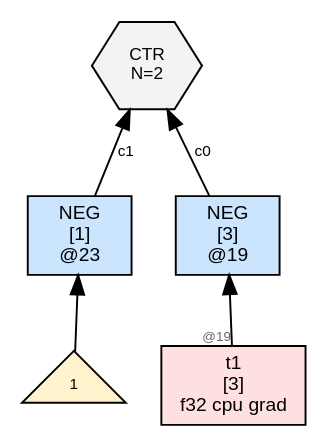
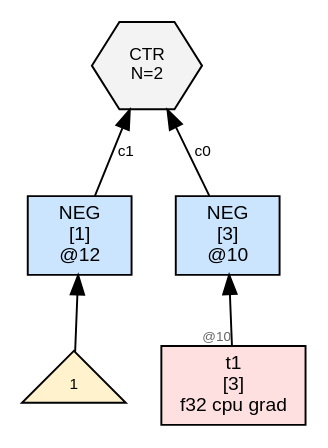
The diagram in wl/examples/thvm_graphs/grad_rules/neg/thvm_2_post_sweep.dot (sw1sh/TinyHVM), drawn with Graphviz before and after one commit. The commit also changed 210 other files, not shown here.

```diff
--- a/wl/examples/thvm_graphs/grad_rules/neg/thvm_2_post_sweep.dot
+++ b/wl/examples/thvm_graphs/grad_rules/neg/thvm_2_post_sweep.dot
@@ -1,15 +1,15 @@
 digraph G {
   rankdir=BT;
   node [fontname="Helvetica", fontsize=10, style=filled, shape=box, margin="0.1,0.05"];
   edge [fontsize=8, fontname="Helvetica"];
 
-  n19 [label="NEG\n[3]\n@19", shape=box, fillcolor="#cce5ff"];
+  n10 [label="NEG\n[3]\n@10", shape=box, fillcolor="#cce5ff"];
   t1 [label="t1\n[3]\nf32 cpu grad",shape=box,fillcolor="#ffe0e0"];
-  t1 -> n19 [label="",taillabel="@19",labelfontsize=7,fontcolor="#666666"];
-  n23 [label="NEG\n[1]\n@23", shape=box, fillcolor="#cce5ff"];
-  num23_0 [label="1",shape=triangle,fillcolor="#fff2cc",fontsize=8];
-  num23_0 -> n23 [label=""];
-  ctr17 [label="CTR\nN=2", shape=hexagon, fillcolor="#f3f3f3", fontsize=9];
-  n19 -> ctr17 [label="c0"];
-  n23 -> ctr17 [label="c1"];
+  t1 -> n10 [label="",taillabel="@10",labelfontsize=7,fontcolor="#666666"];
+  n12 [label="NEG\n[1]\n@12", shape=box, fillcolor="#cce5ff"];
+  num12_0 [label="1",shape=triangle,fillcolor="#fff2cc",fontsize=8];
+  num12_0 -> n12 [label=""];
+  ctr6 [label="CTR\nN=2", shape=hexagon, fillcolor="#f3f3f3", fontsize=9];
+  n10 -> ctr6 [label="c0"];
+  n12 -> ctr6 [label="c1"];
 }
```
